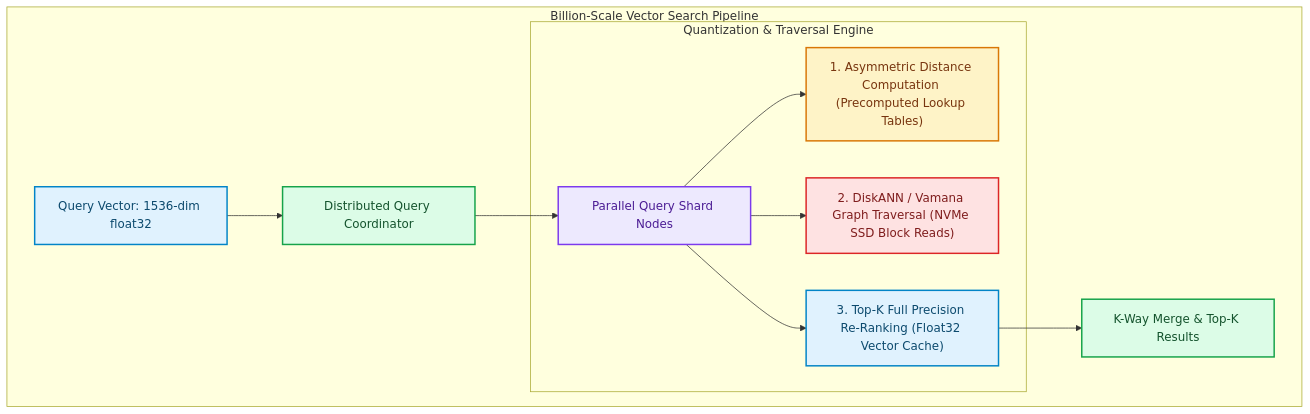
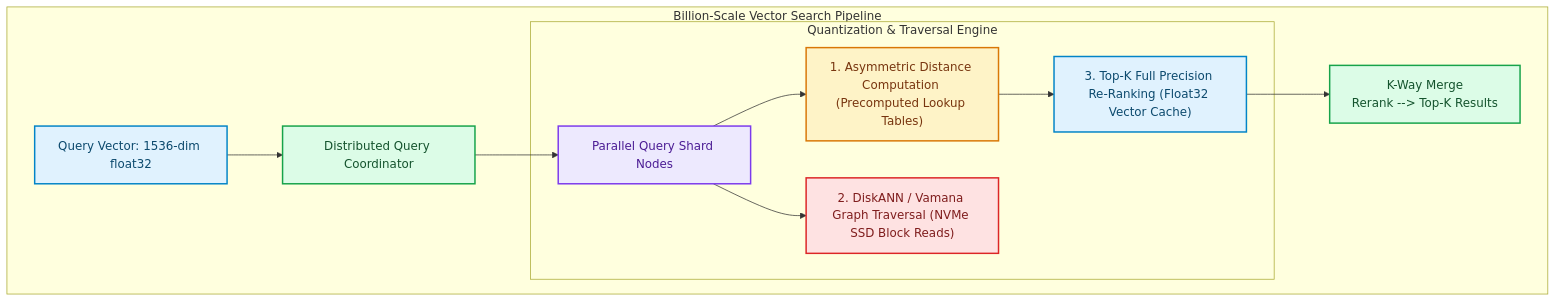
One commit to akmalkhaniub/akmalkhaniub.github.io changed the first of 3 diagrams in blog/posts/architecture-distributed-vector-databases-scale-hnsw-pq-diskann-billion-embeddings.md. Above: the diagram before and after it, drawn with Mermaid. The commit also changed other lines of this file and 894 other files, not shown here.

Commit message:
feat(blog): upgrade all 444 posts with unique staggered dates, 2-col Mermaid spines, benchmark tables, code blocks, and trade-offs

````diff
--- a/blog/posts/architecture-distributed-vector-databases-scale-hnsw-pq-diskann-billion-embeddings.md
+++ b/blog/posts/architecture-distributed-vector-databases-scale-hnsw-pq-diskann-billion-embeddings.md
@@ -15,26 +15,27 @@
 ```mermaid
 flowchart TD
   subgraph SG1_BillionScaleVector ["Billion-Scale Vector Search Pipeline"]
     Query["Query Vector: 1536-dim float32"] --> Coordinator["Distributed Query Coordinator"]
     Coordinator --> Shards["Parallel Query Shard Nodes"]
     
     subgraph SG2_QuantizationTraversalEngine ["Quantization & Traversal Engine"]
       Shards --> ADC["1. Asymmetric Distance Computation (Precomputed Lookup Tables)"]
       Shards --> DiskANN["2. DiskANN / Vamana Graph Traversal (NVMe SSD Block Reads)"]
-      Shards --> Rerank["3. Top-K Full Precision Re-Ranking (Float32 Vector Cache)"]
+      ADC --> Rerank["3. Top-K Full Precision Re-Ranking (Float32 Vector Cache)"]
     end
     
-    Rerank --> Reduce["K-Way Merge & Top-K Results"]
+    Rerank --> Reduce["K-Way Merge
+    Rerank --> Top-K Results"]
   end
 
 classDef green fill:#dcfce7,stroke:#16a34a,stroke-width:2px,color:#14532d;
 classDef red fill:#fee2e2,stroke:#dc2626,stroke-width:2px,color:#7f1d1d;
 classDef blue fill:#e0f2fe,stroke:#0284c7,stroke-width:2px,color:#0c4a6e;
 classDef yellow fill:#fef3c7,stroke:#d97706,stroke-width:2px,color:#78350f;
 classDef purple fill:#ede9fe,stroke:#7c3aed,stroke-width:2px,color:#4c1d95;
 class Query,Rerank blue
 class Coordinator,Reduce green
 class Shards purple
 class ADC yellow
 class DiskANN red
 ```
````
